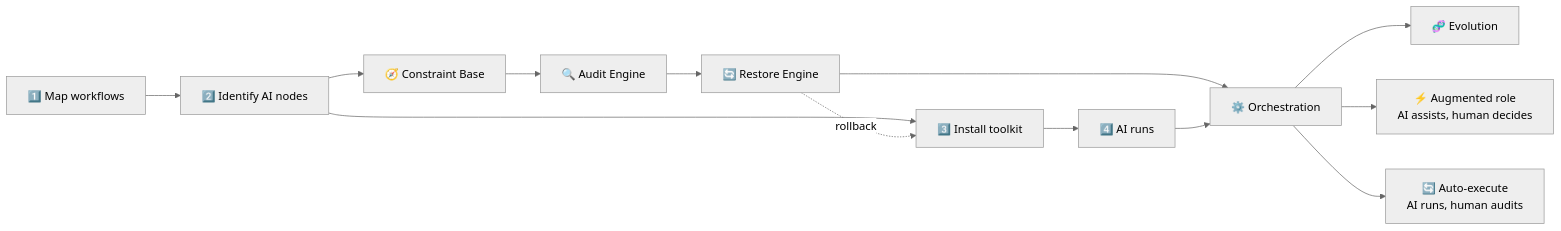
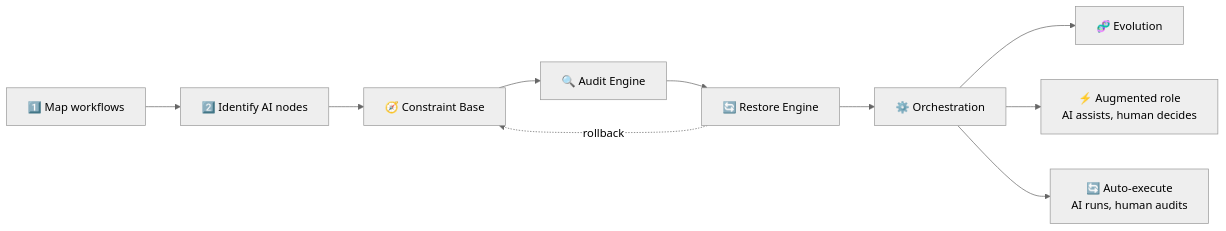
One commit to KongFangXun/sofagent changed the first of 5 diagrams in README.en.md. Above: the diagram before and after it, drawn with Mermaid (neutral theme). The commit also changed other lines of this file and 1 other file, not shown here.

Commit message:
docs: FDE Mermaid精简——去掉装sofagent和AI干活节点，归入引擎链

````diff
--- a/README.en.md
+++ b/README.en.md
@@ -77,12 +77,11 @@
 ```mermaid
 graph LR
-    1["1️⃣ Map workflows"] --> 2["2️⃣ Identify AI nodes"] --> 3["3️⃣ Install toolkit"] --> 4["4️⃣ AI runs"]
+    1["1️⃣ Map workflows"] --> 2["2️⃣ Identify AI nodes"]
 
     2 --> E["🧭 Constraint Base"]
     E --> F["🔍 Audit Engine"] --> G["🔄 Restore Engine"] --> H["⚙️ Orchestration"] --> I["🧬 Evolution"]
-    4 --> H
 
     H --> J["⚡ Augmented role<br/>AI assists, human decides"]
     H --> K["🔄 Auto-execute<br/>AI runs, human audits"]
-    G -.-> |rollback| 3
+    G -.-> |rollback| E
 ```
````
